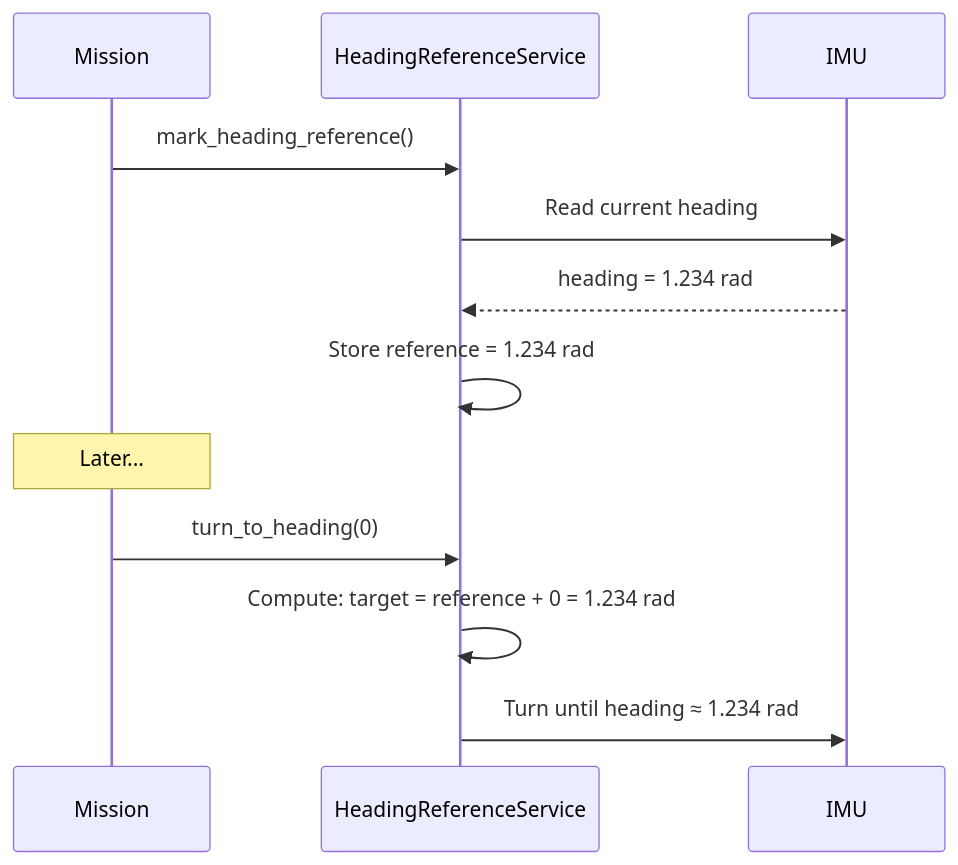
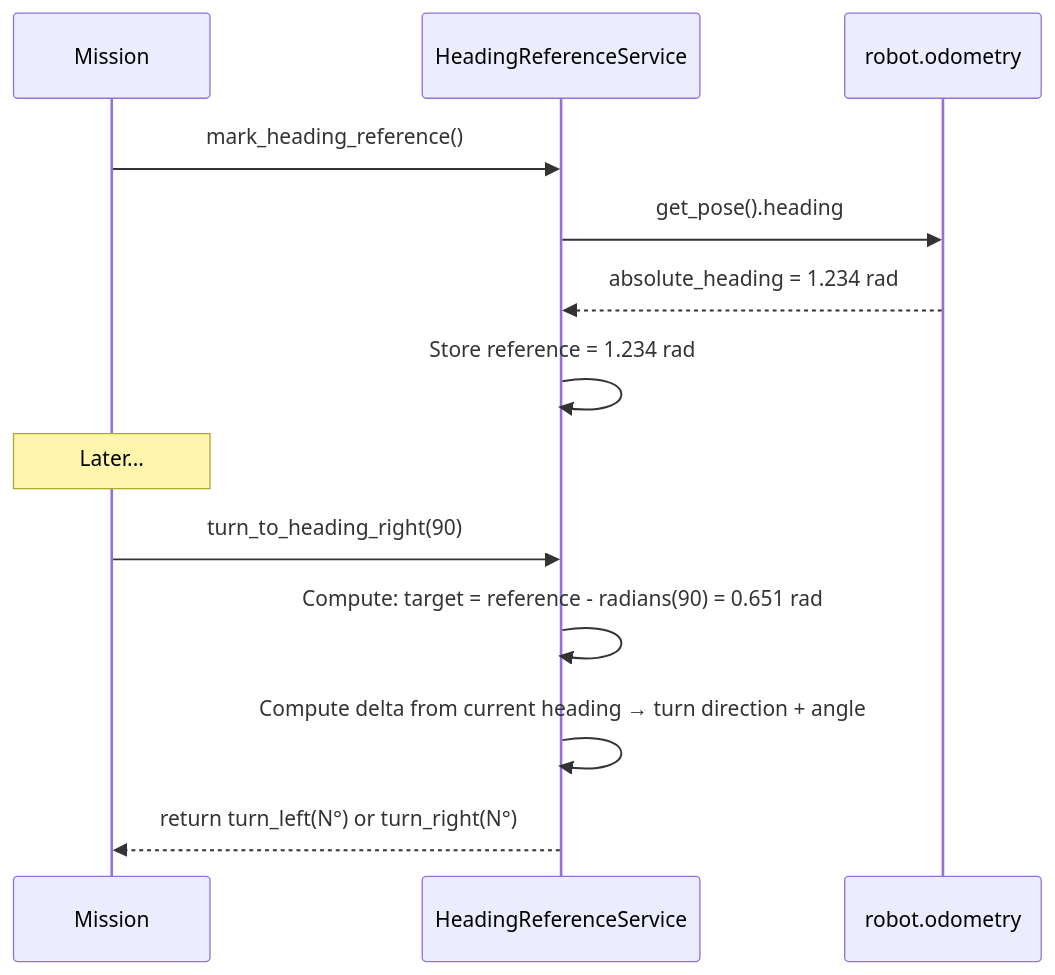
The second of 2 diagrams in content/02-programming/08-odometry.md (htl-stp-ecer/documentation), drawn with Mermaid before and after one commit. The commit also changed other lines of this file and 90 other files, not shown here.

````diff
--- a/content/02-programming/08-odometry.md
+++ b/content/02-programming/08-odometry.md
@@ -103,17 +199,18 @@
 ```mermaid
 sequenceDiagram
     participant M as Mission
     participant HR as HeadingReferenceService
-    participant IMU as IMU
+    participant ODO as robot.odometry
 
     M->>HR: mark_heading_reference()
-    HR->>IMU: Read current heading
-    IMU-->>HR: heading = 1.234 rad
+    HR->>ODO: get_pose().heading
+    ODO-->>HR: absolute_heading = 1.234 rad
     HR->>HR: Store reference = 1.234 rad
 
     Note over M: Later...
 
-    M->>HR: turn_to_heading(0)
-    HR->>HR: Compute: target = reference + 0 = 1.234 rad
-    HR->>IMU: Turn until heading ≈ 1.234 rad
+    M->>HR: turn_to_heading_right(90)
+    HR->>HR: Compute: target = reference - radians(90) = 0.651 rad
+    HR->>HR: Compute delta from current heading → turn direction + angle
+    HR-->>M: return turn_left(N°) or turn_right(N°)
 ```
````
